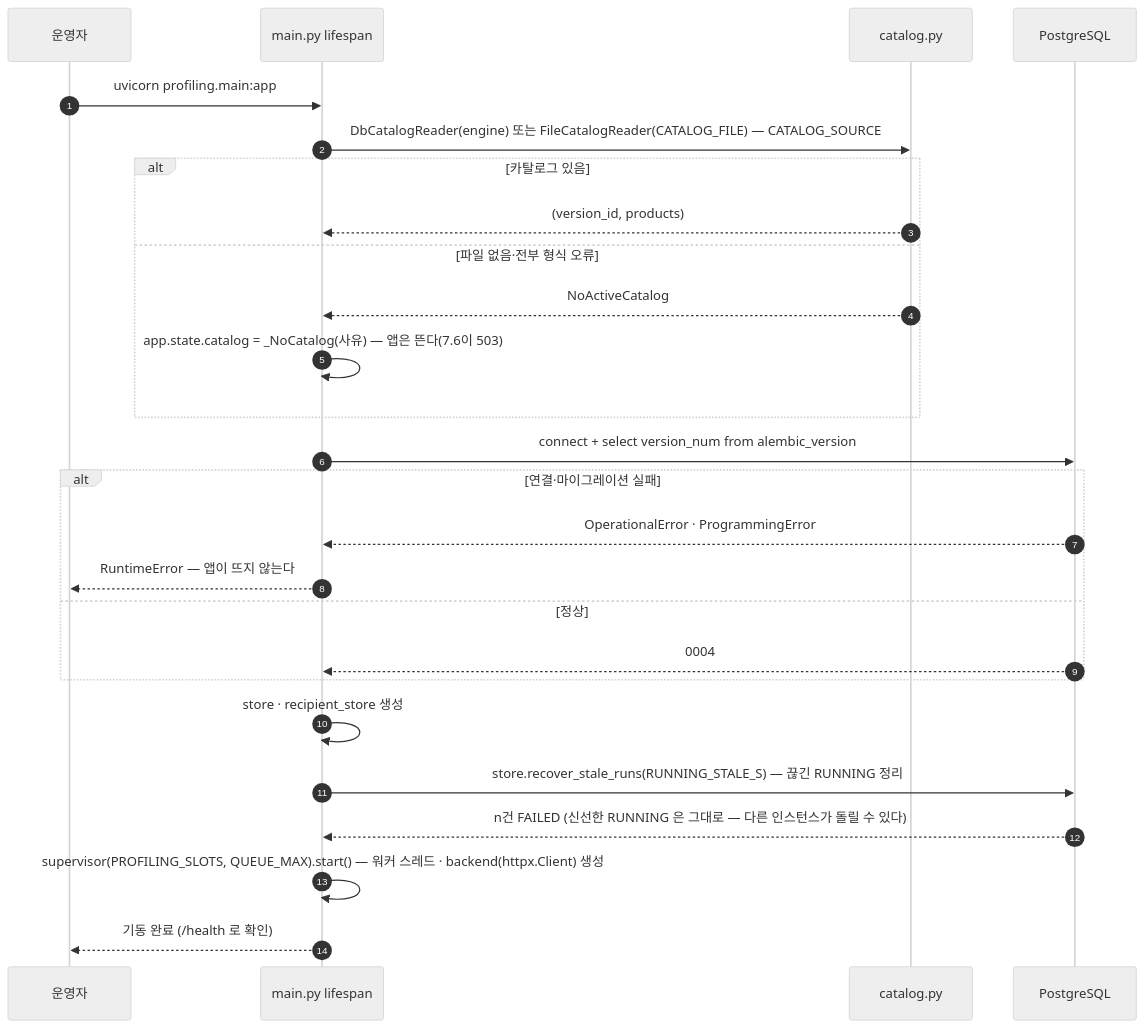
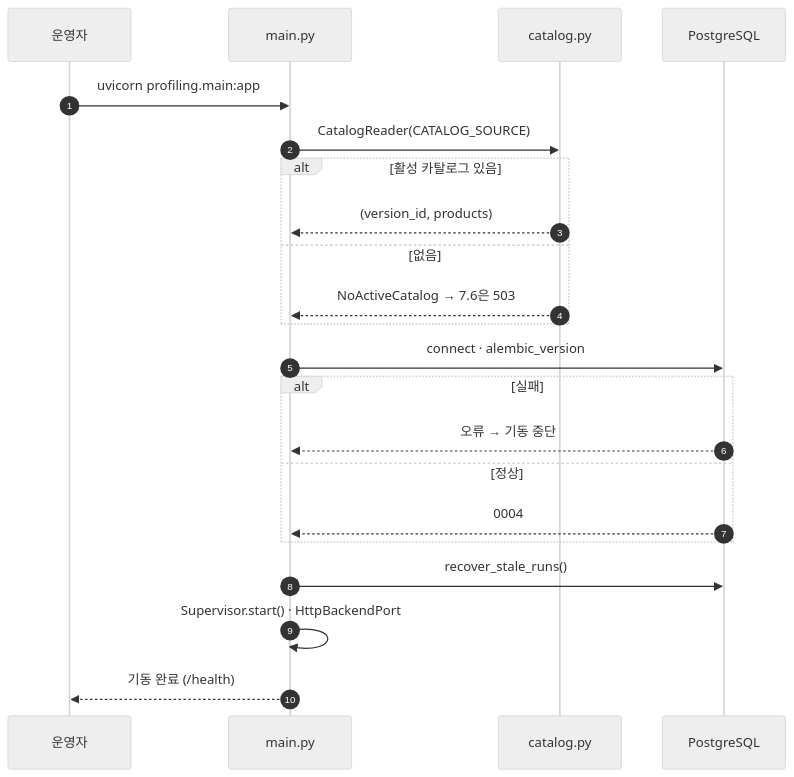
The first of 6 diagrams in profiling/docs/시퀀스_전체.md (100-hours-a-week/KTB4-12th-AI), drawn with Mermaid (neutral theme) before and after one commit. The commit also changed other lines of this file and 70 other files, not shown here.

````diff
--- a/profiling/docs/시퀀스_전체.md
+++ b/profiling/docs/시퀀스_전체.md
@@ -41,28 +41,24 @@
 ```mermaid
 sequenceDiagram
   autonumber
   participant OP as 운영자
-  participant APP as main.py lifespan
+  participant APP as main.py
   participant CAT as catalog.py
   participant DB as PostgreSQL
   OP->>APP: uvicorn profiling.main:app
-  APP->>CAT: DbCatalogReader(engine) 또는 FileCatalogReader(CATALOG_FILE) — CATALOG_SOURCE
-  alt 카탈로그 있음
+  APP->>CAT: CatalogReader(CATALOG_SOURCE)
+  alt 활성 카탈로그 있음
     CAT-->>APP: (version_id, products)
-  else 파일 없음·전부 형식 오류
-    CAT-->>APP: NoActiveCatalog
-    APP->>APP: app.state.catalog = _NoCatalog(사유) — 앱은 뜬다(7.6이 503)
+  else 없음
+    CAT-->>APP: NoActiveCatalog → 7.6은 503
   end
-  APP->>DB: connect + select version_num from alembic_version
-  alt 연결·마이그레이션 실패
-    DB-->>APP: OperationalError · ProgrammingError
-    APP-->>OP: RuntimeError — 앱이 뜨지 않는다
+  APP->>DB: connect · alembic_version
+  alt 실패
+    DB-->>APP: 오류 → 기동 중단
   else 정상
     DB-->>APP: 0004
   end
-  APP->>APP: store · recipient_store 생성
-  APP->>DB: store.recover_stale_runs(RUNNING_STALE_S) — 끊긴 RUNNING 정리
-  DB-->>APP: n건 FAILED (신선한 RUNNING 은 그대로 — 다른 인스턴스가 돌릴 수 있다)
-  APP->>APP: supervisor(PROFILING_SLOTS, QUEUE_MAX).start() — 워커 스레드 · backend(httpx.Client) 생성
-  APP-->>OP: 기동 완료 (/health 로 확인)
+  APP->>DB: recover_stale_runs()
+  APP->>APP: Supervisor.start() · HttpBackendPort
+  APP-->>OP: 기동 완료 (/health)
 ```
````
